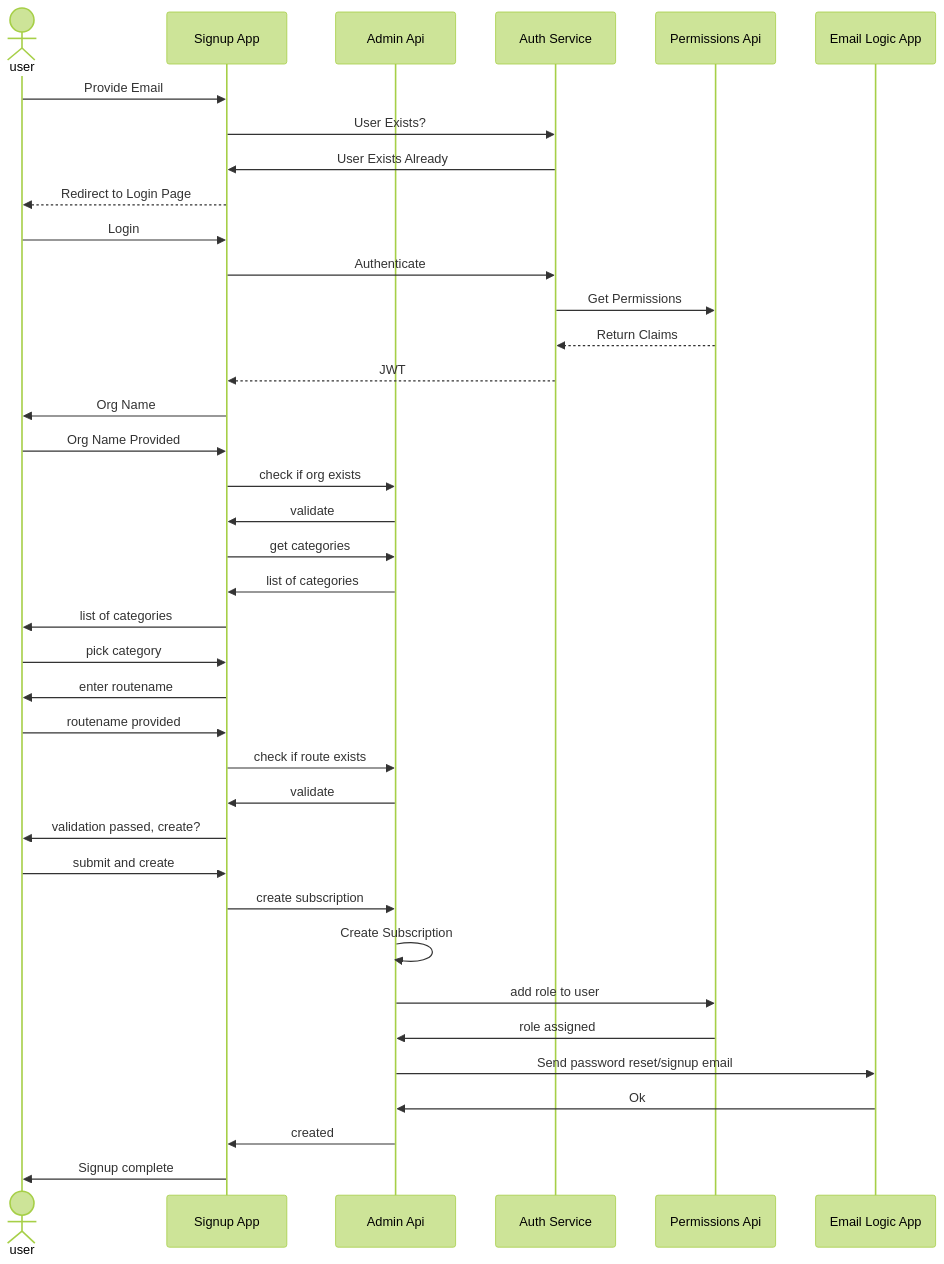
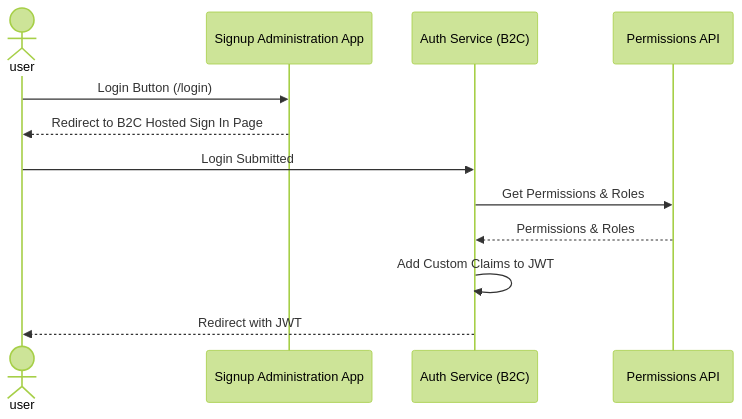
Before and after one commit to Azure/azure-saas: the second of 2 diagrams in docs/azure-saas-docs/content/en/components/Identity/identity-flows.md, drawn with Mermaid (forest theme). The commit also changed other lines of this file, not shown here.

Commit message:
identity flows changes

````diff
--- a/docs/azure-saas-docs/content/en/components/Identity/identity-flows.md
+++ b/docs/azure-saas-docs/content/en/components/Identity/identity-flows.md
@@ -9,44 +25,16 @@
 ```mermaid
 sequenceDiagram  
 actor user 
-participant signup as Signup App
-participant admin as Admin Api
-participant auth as Auth Service
-participant perm as Permissions Api
-participant email as Email Logic App
-
-user->>signup: Provide Email
-signup->>auth: User Exists?
-auth->>signup: User Exists Already
-signup-->>user : Redirect to Login Page
-user->>signup : Login
-signup->>auth : Authenticate
-auth->>perm : Get Permissions
-perm-->>auth : Return Claims
-auth-->>signup : JWT
-signup->>user: Org Name
-user->>signup: Org Name Provided
-signup->>admin: check if org exists
-admin->>signup: validate
-signup->>admin: get categories
-admin->>signup: list of categories
-signup->>user: list of categories
-user->>signup: pick category
-signup->>user: enter routename
-user->>signup: routename provided
-signup->>admin: check if route exists
-admin->>signup: validate
-signup->>user: validation passed, create?
-user->>signup: submit and create
-
-signup->>admin: create subscription
-admin->>admin: Create Subscription
-admin->>perm: add role to user
-perm->>admin:role assigned
-admin->>email : Send password reset/signup email
-email->>admin: Ok
-admin->>signup: created
+participant signup as Signup Administration App
+participant auth as Auth Service (B2C)
+participant perm as Permissions API
 
 
-signup->>user: Signup complete
+user->>signup : Login Button (/login)
+signup-->>user : Redirect to B2C Hosted Sign In Page
+user->>auth : Login Submitted
+auth->>perm : Get Permissions & Roles
+perm-->>auth : Permissions & Roles
+auth->>auth : Add Custom Claims to JWT
+auth-->>user : Redirect with JWT
 ```
````
